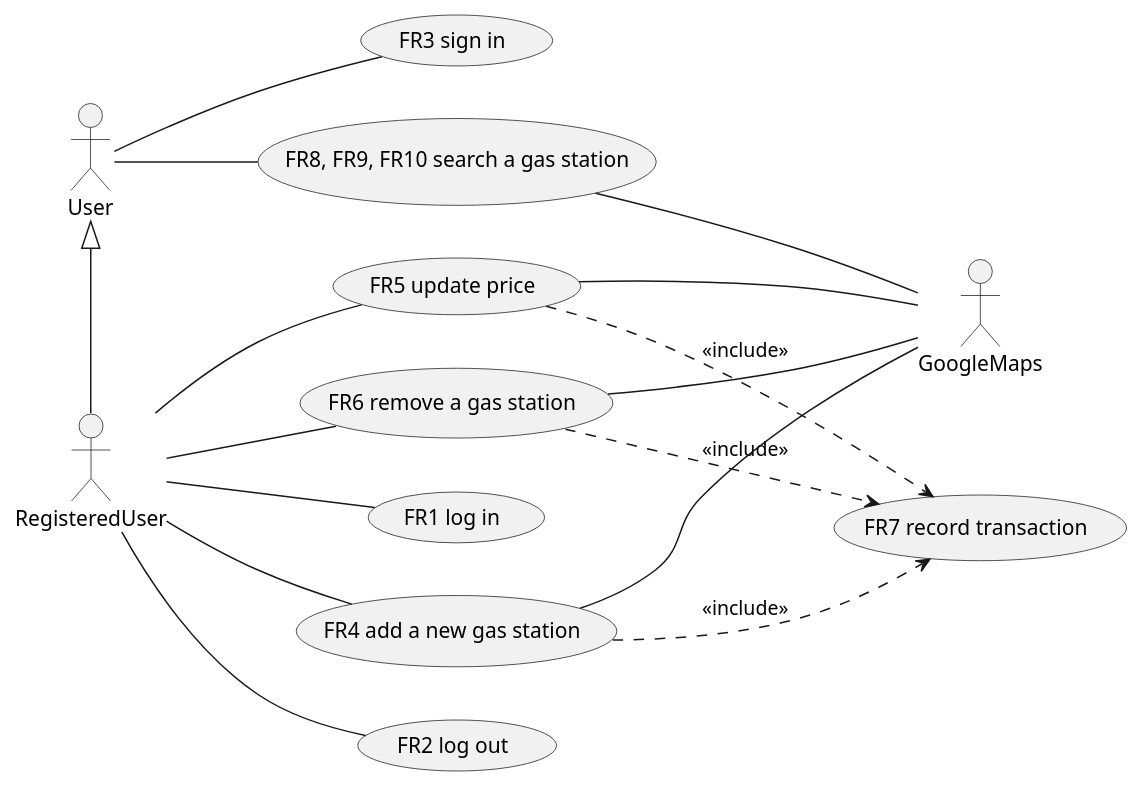
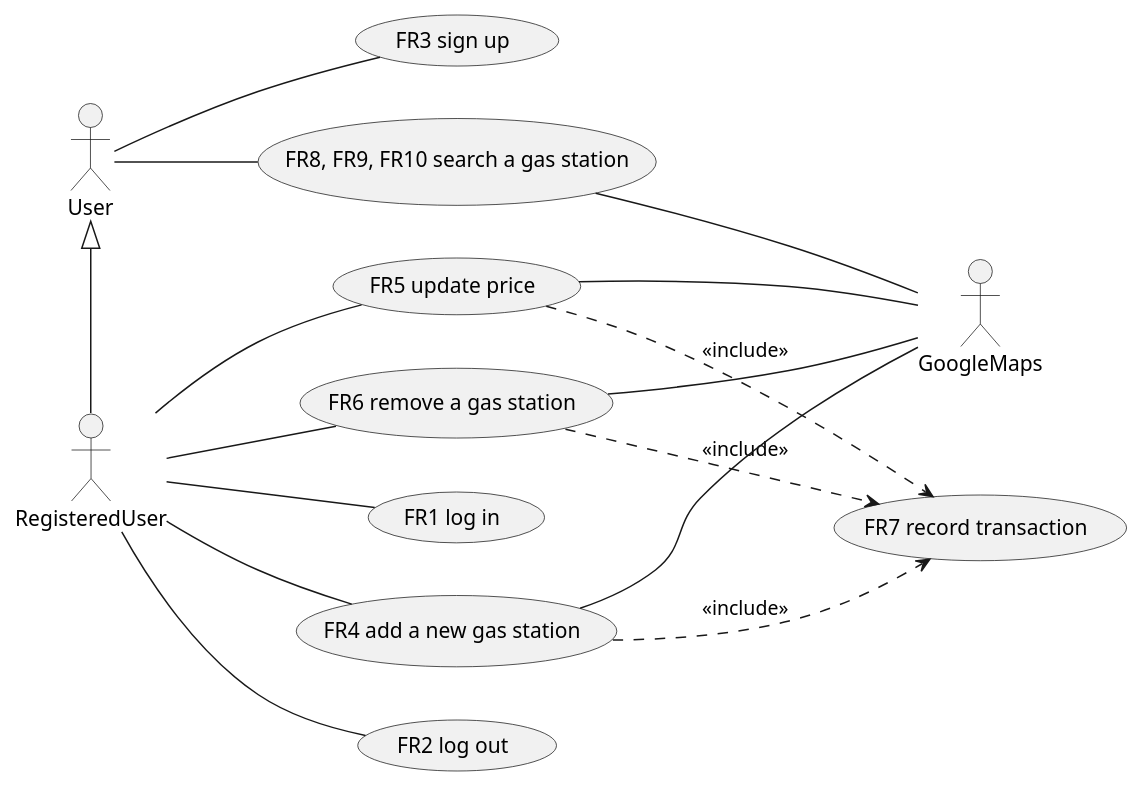
One commit to SoftengPoliTo/Lab2 changed the second of 4 diagrams in REQ_s280113.md. Above: the diagram before and after it, drawn with PlantUML. The commit also changed other lines of this file, not shown here.

````diff
--- a/REQ_s280113.md
+++ b/REQ_s280113.md
@@ -93,34 +93,34 @@
 ```plantuml
 left to right direction
 actor User as u
 actor GoogleMaps as gm
 actor RegisteredUser as ru
 usecase "FR1 log in" as login
 usecase "FR2 log out" as logout
-usecase "FR3 sign in" as signin
+usecase "FR3 sign up" as signup
 usecase "FR4 add a new gas station" as add
 usecase "FR5 update price" as update
 usecase "FR6 remove a gas station" as remove
 usecase "FR7 record transaction" as rt
 usecase "FR8, FR9, FR10 search a gas station" as lf
 usecase "FR7 record transaction" as rt
 
-u -- signin
+u -- signup
 u -- lf
 u <|- ru
 
 ru -- add
 ru -- update
 ru -- remove
 ru -- login
 ru -- logout
 
 add ..> rt : <<include>>
 update ..> rt: <<include>>
 remove ..> rt: <<include>>
 
 update -- gm
 add -- gm
 remove -- gm
 lf -- gm
 ```
````
